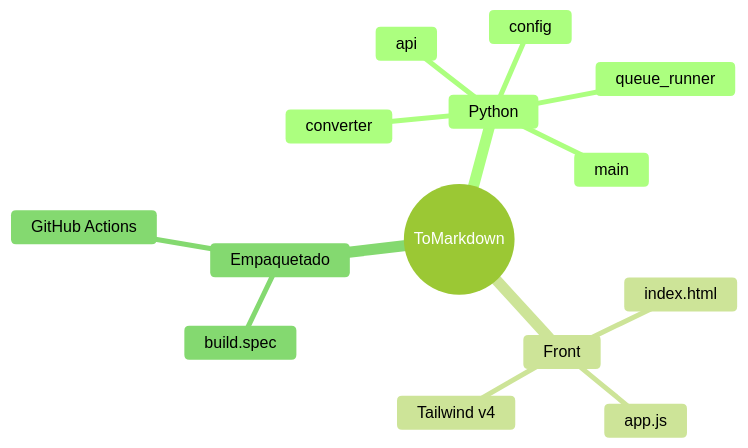
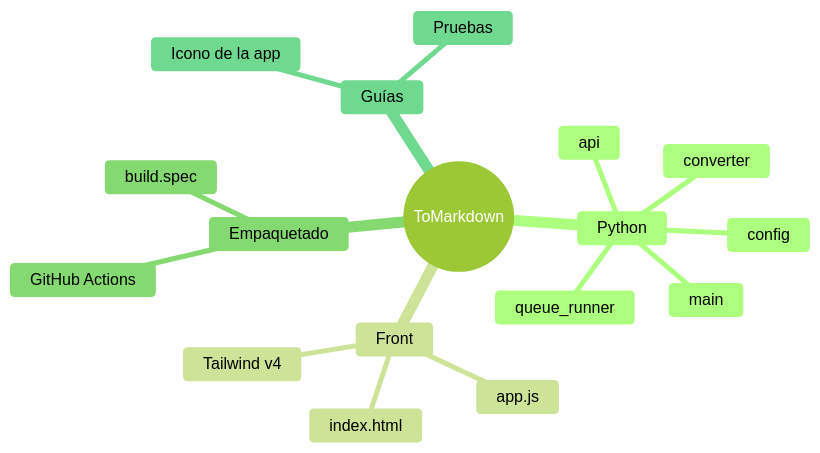
One commit to YERCKEN/tomarkdown changed the diagram in docs/index.md. Above: the diagram before and after it, drawn with Mermaid (forest theme). The commit also changed other lines of this file and 3 other files, not shown here.

````diff
--- a/docs/index.md
+++ b/docs/index.md
@@ -19,17 +31,20 @@
 ```mermaid
 mindmap
   root((ToMarkdown))
     Python
       config
       converter
       queue_runner
       api
       main
     Front
       index.html
       app.js
       Tailwind v4
     Empaquetado
       build.spec
       GitHub Actions
+    Guías
+      Icono de la app
+      Pruebas
 ```
````
